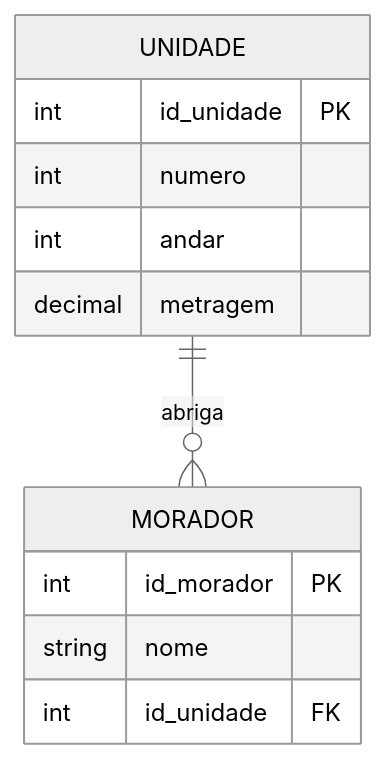
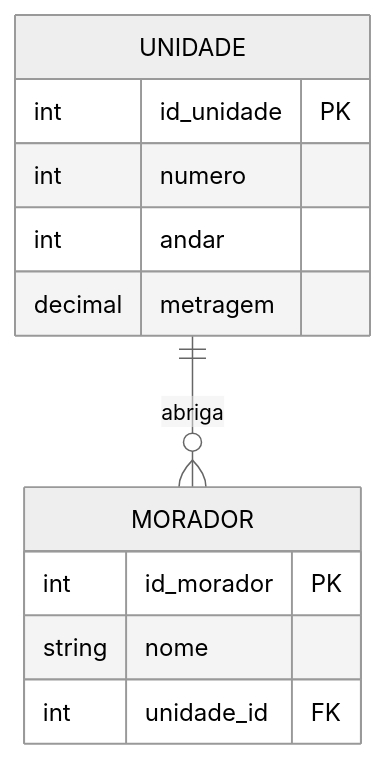
One commit to GTI-Fatec-Jahu/BDA-GTI-2026-2 changed the third of 5 diagrams in docs/aulas/Aula_02_Gabarito.md. Above: the diagram before and after it, drawn with Mermaid (neutral theme). The commit also changed other lines of this file and 7 other files, not shown here.

````diff
--- a/docs/aulas/Aula_02_Gabarito.md
+++ b/docs/aulas/Aula_02_Gabarito.md
@@ -101,16 +101,16 @@
 ```mermaid
 erDiagram
     UNIDADE {
         int id_unidade PK
         int numero
         int andar
         decimal metragem
     }
     MORADOR {
         int id_morador PK
         string nome
-        int id_unidade FK
+        int unidade_id FK
     }
 
     UNIDADE ||--o{ MORADOR : "abriga"
 ```
````
